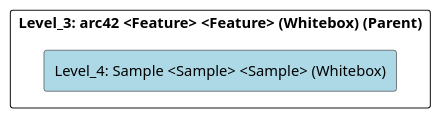
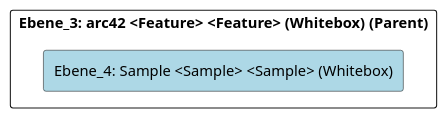
One commit to marcozwyssig/cleon changed the diagram in doc/cleonproject_deliverables_architecture_model_architecture/adoc/de/05_bausteinsicht/cleon/architecture_methods/arc42/sample/ebene_4_sample.adoc. Above: the diagram before and after it, drawn with PlantUML. The commit also changed other lines of this file and 214 other files, not shown here.

```diff
--- a/doc/cleonproject_deliverables_architecture_model_architecture/adoc/de/05_bausteinsicht/cleon/architecture_methods/arc42/sample/ebene_4_sample.adoc
+++ b/doc/cleonproject_deliverables_architecture_model_architecture/adoc/de/05_bausteinsicht/cleon/architecture_methods/arc42/sample/ebene_4_sample.adoc
@@ -20,24 +20,24 @@
-[plantuml, Level_4: Sample <Sample> <Sample> (Whitebox)BlockOverview, format="svg"]
+[plantuml, Ebene_4: Sample <Sample> <Sample> (Whitebox)BlockOverview, format="svg"]
 ----
-@startuml Level_4: Sample <Sample> <Sample> (Whitebox)BuildingBlockOverview
+@startuml Ebene_4: Sample <Sample> <Sample> (Whitebox)BuildingBlockOverview
 
 skinparam ranksep 10
 skinparam componentStyle rectangle
 skinparam shadowing false
 skinparam arrowColor lightblue
 skinparam arrowThickness 1.2
 skinparam rectangle {
   BackgroundColor White
   BorderColor #333
   RoundCorner 10
 }
 top to bottom direction
 
-component "Level_3: arc42 <Feature> <Feature> (Whitebox) (Parent)" {
-    component "Level_4: Sample <Sample> <Sample> (Whitebox)" #lightblue {
+component "Ebene_3: arc42 <Feature> <Feature> (Whitebox) (Parent)" {
+    component "Ebene_4: Sample <Sample> <Sample> (Whitebox)" #lightblue {
     }
 
 }
 
 @enduml
 ----
```
